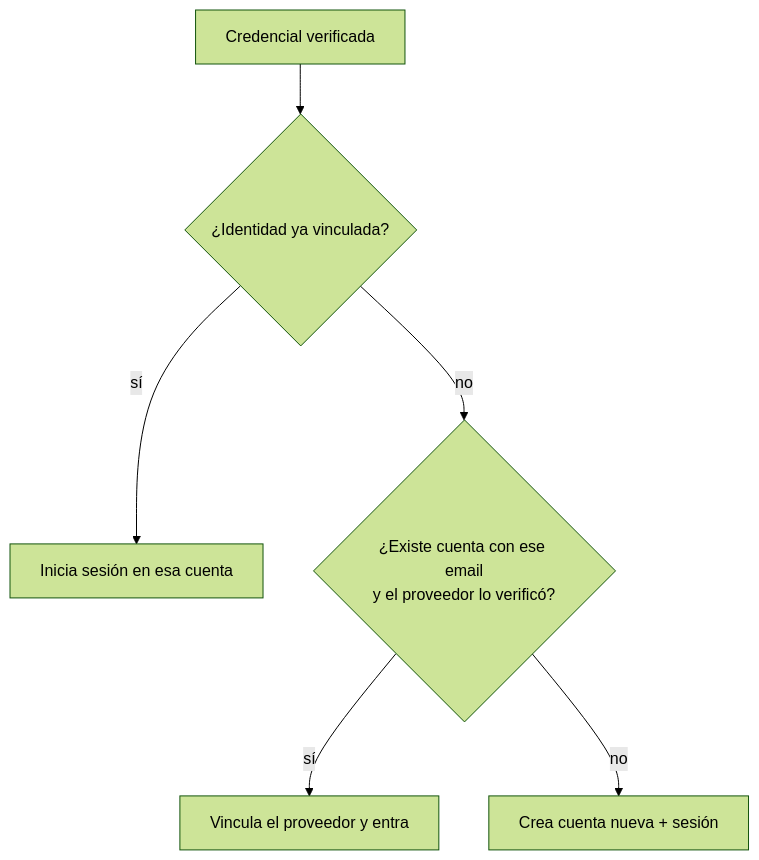
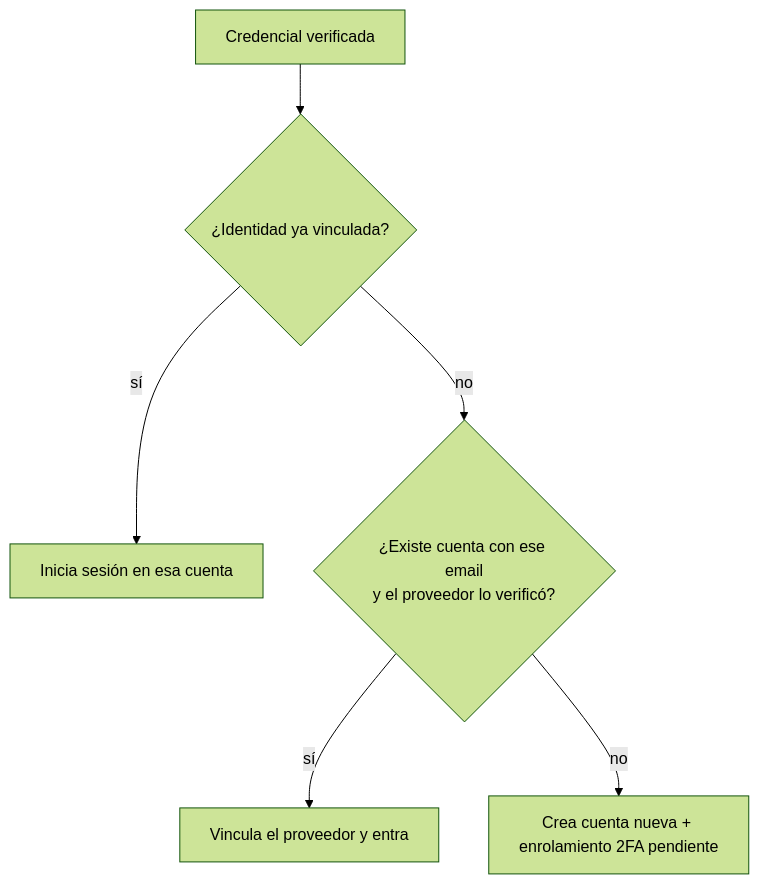
Before and after one commit to CBpayapp/cbpay-docs: the second of 2 diagrams in es/guides/social-login.mdx, drawn with Mermaid (forest theme). The commit also changed other lines of this file and 23 other files, not shown here.

````diff
--- a/es/guides/social-login.mdx
+++ b/es/guides/social-login.mdx
@@ -182,8 +182,8 @@
 ```mermaid
 flowchart TD
     A[Credencial verificada] --> B{¿Identidad ya vinculada?}
     B -->|sí| C[Inicia sesión en esa cuenta]
     B -->|no| D{¿Existe cuenta con ese email<br/>y el proveedor lo verificó?}
     D -->|sí| E[Vincula el proveedor y entra]
-    D -->|no| F[Crea cuenta nueva + sesión]
+    D -->|no| F[Crea cuenta nueva + enrolamiento 2FA pendiente]
 ```
````
